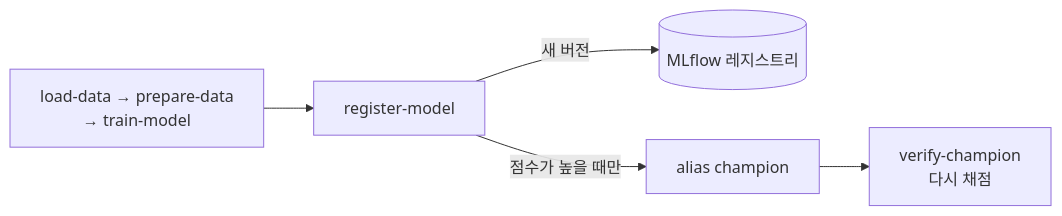
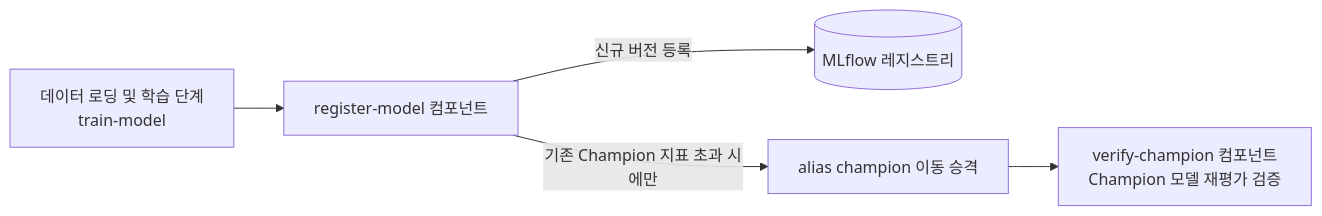
One commit to choisungwook/portfolio changed the second of 2 diagrams in mlops/ml-platform-engineering-part2/docs/11-lab1-registry-reproducibility.md. Above: the diagram before and after it, drawn with Mermaid. The commit also changed other lines of this file and 16 other files, not shown here.

````diff
--- a/mlops/ml-platform-engineering-part2/docs/11-lab1-registry-reproducibility.md
+++ b/mlops/ml-platform-engineering-part2/docs/11-lab1-registry-reproducibility.md
@@ -120,7 +111,7 @@
 ```mermaid
 flowchart LR
-  TR[load-data → prepare-data<br/>→ train-model] --> RG[register-model]
-  RG -->|새 버전| REG[(MLflow 레지스트리)]
-  RG -->|점수가 높을 때만| AL[alias champion]
-  AL --> VF[verify-champion<br/>다시 채점]
+  TR[데이터 로딩 및 학습 단계<br/>train-model] --> RG[register-model 컴포넌트]
+  RG -->|신규 버전 등록| REG[(MLflow 레지스트리)]
+  RG -->|기존 Champion 지표 초과 시에만| AL[alias champion 이동 승격]
+  AL --> VF[verify-champion 컴포넌트<br/>Champion 모델 재평가 검증]
 ```
````
